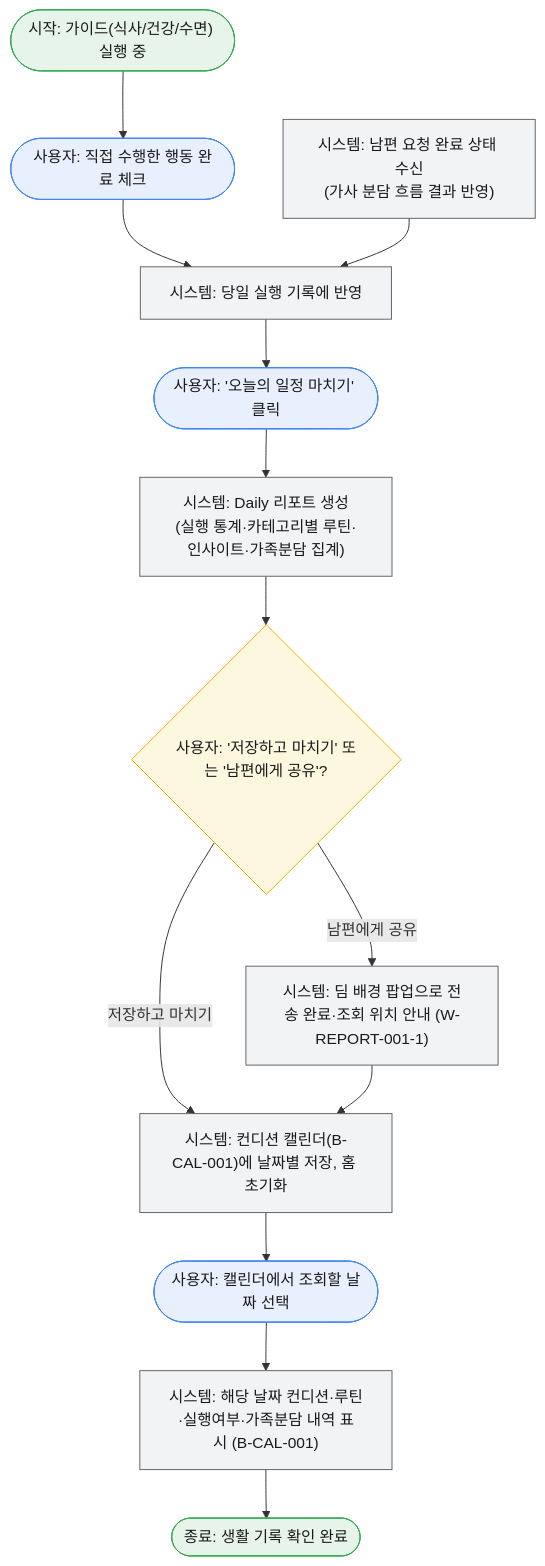
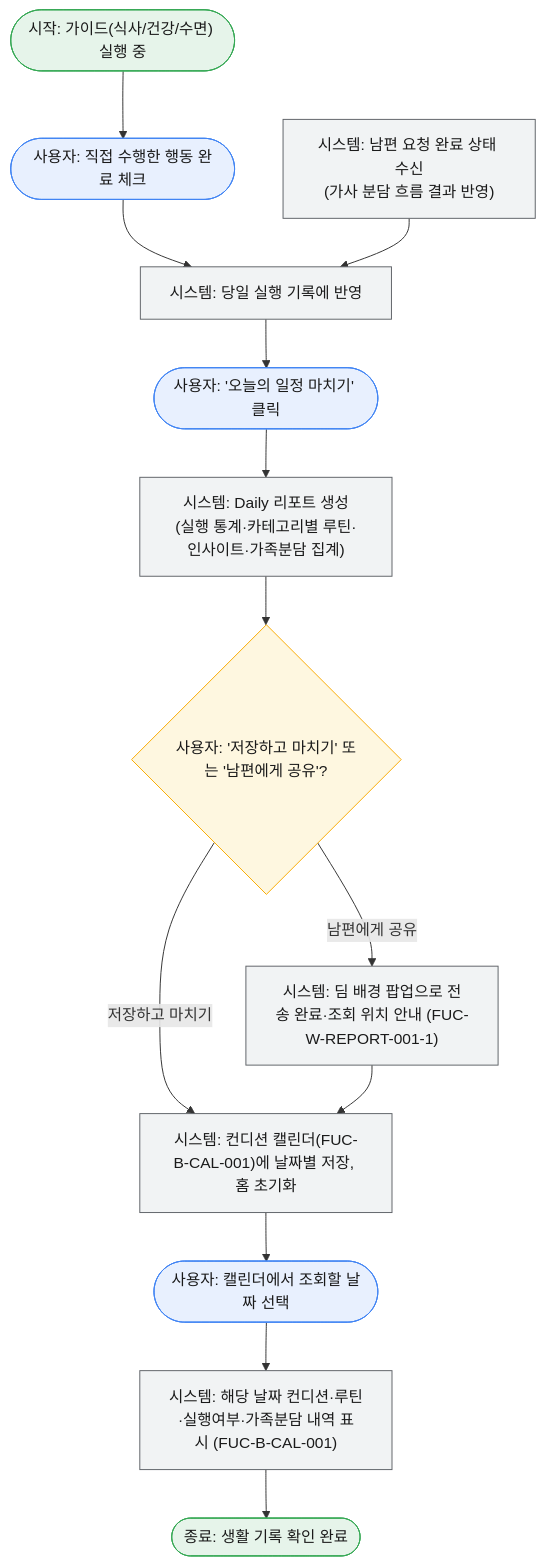
Before and after one commit to lgdxDORAEMI/PLM: the diagram in docs/서비스흐름도/05_루틴실행기록및리포트.mmd, drawn with Mermaid. The commit also changed 11 other files, not shown here.

```diff
--- a/docs/서비스흐름도/05_루틴실행기록및리포트.mmd
+++ b/docs/서비스흐름도/05_루틴실행기록및리포트.mmd
@@ -1,22 +1,22 @@
 %% 서비스 흐름도: 루틴 실행 기록 & Daily 리포트/캘린더
-%% 관련 기능: W-HEALTH-002, W-RECORD-001, W-RECORD-002, W-REPORT-001, W-REPORT-001-1, B-CAL-001 / 관련 UC: UC6, UC7
+%% 관련 기능: FUC-W-HEALTH-002, FUC-W-RECORD-001, FUC-W-RECORD-002, FUC-W-REPORT-001, FUC-W-REPORT-001-1, FUC-B-CAL-001 / 관련 UC: UC6, UC7
 flowchart TD
     classDef user fill:#E8F0FE,stroke:#4285F4,color:#1a1a1a;
     classDef system fill:#F1F3F4,stroke:#5f6368,color:#1a1a1a;
     classDef decision fill:#FEF7E0,stroke:#F9AB00,color:#1a1a1a;
     classDef terminal fill:#E6F4EA,stroke:#34A853,color:#1a1a1a;
 
     Start(["시작: 가이드(식사/건강/수면) 실행 중"]):::terminal --> A(["사용자: 직접 수행한 행동 완료 체크"]):::user
     A --> B["시스템: 당일 실행 기록에 반영"]:::system
 
     C["시스템: 남편 요청 완료 상태 수신<br/>(가사 분담 흐름 결과 반영)"]:::system --> B
 
     B --> D(["사용자: '오늘의 일정 마치기' 클릭"]):::user
     D --> E["시스템: Daily 리포트 생성<br/>(실행 통계·카테고리별 루틴·인사이트·가족분담 집계)"]:::system
     E --> Share{"사용자: '저장하고 마치기' 또는 '남편에게 공유'?"}:::decision
-    Share -- 저장하고 마치기 --> F["시스템: 컨디션 캘린더(B-CAL-001)에 날짜별 저장, 홈 초기화"]:::system
-    Share -- 남편에게 공유 --> Pop["시스템: 딤 배경 팝업으로 전송 완료·조회 위치 안내 (W-REPORT-001-1)"]:::system
+    Share -- 저장하고 마치기 --> F["시스템: 컨디션 캘린더(FUC-B-CAL-001)에 날짜별 저장, 홈 초기화"]:::system
+    Share -- 남편에게 공유 --> Pop["시스템: 딤 배경 팝업으로 전송 완료·조회 위치 안내 (FUC-W-REPORT-001-1)"]:::system
     Pop --> F
     F --> G(["사용자: 캘린더에서 조회할 날짜 선택"]):::user
-    G --> H["시스템: 해당 날짜 컨디션·루틴·실행여부·가족분담 내역 표시 (B-CAL-001)"]:::system
+    G --> H["시스템: 해당 날짜 컨디션·루틴·실행여부·가족분담 내역 표시 (FUC-B-CAL-001)"]:::system
     H --> End(["종료: 생활 기록 확인 완료"]):::terminal
```
